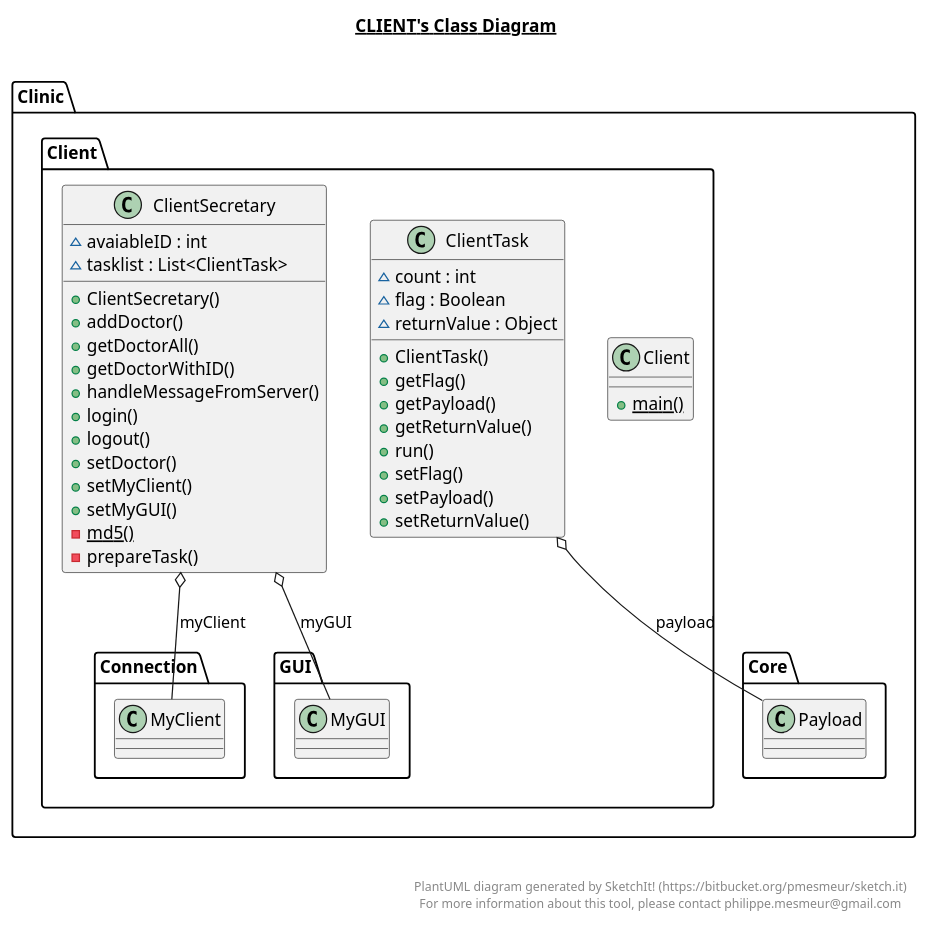
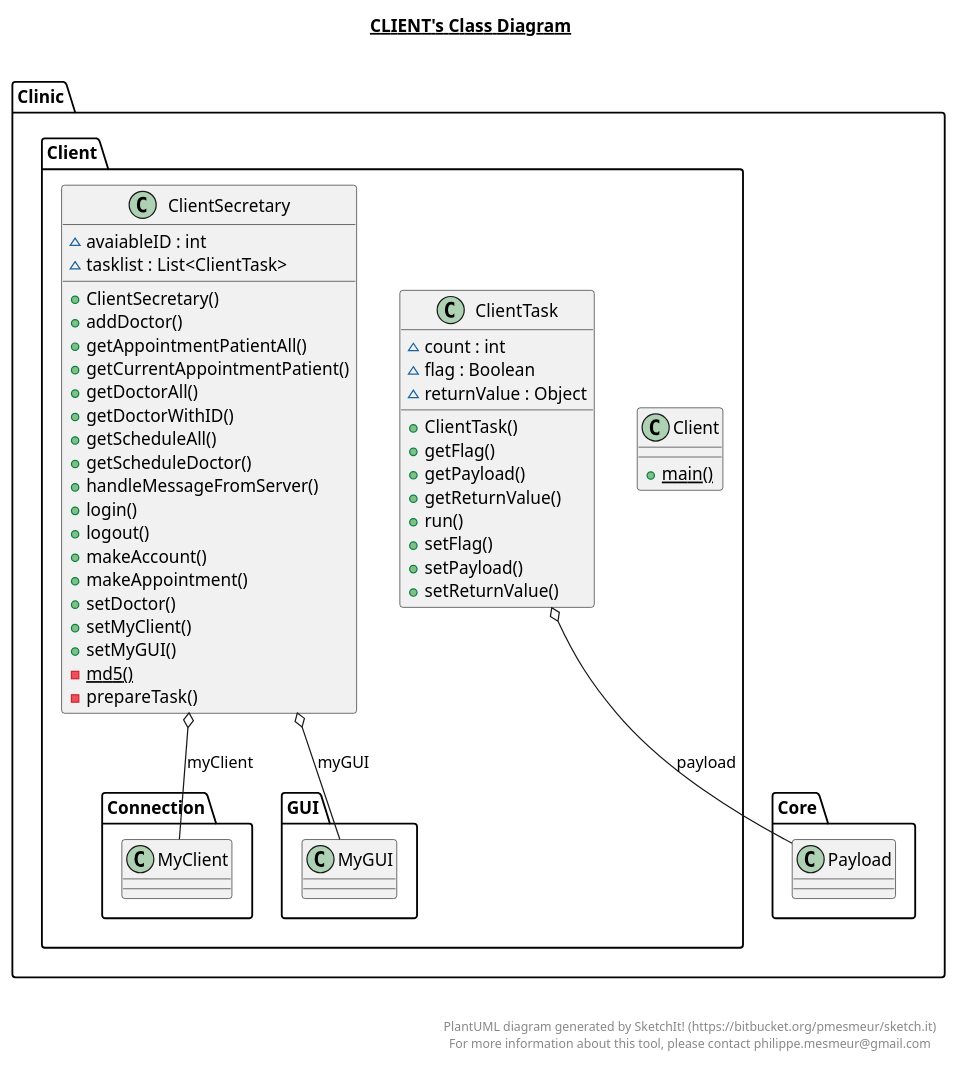
One commit to AidanJohnston/Omar changed the diagram in src/Clinic/Client/Client.puml. Above: the diagram before and after it, drawn with PlantUML. The commit also changed 6 other files, not shown here.

```diff
--- a/src/Clinic/Client/Client.puml
+++ b/src/Clinic/Client/Client.puml
@@ -1,61 +1,67 @@
 @startuml
 
 title __CLIENT's Class Diagram__\n
 
   namespace Clinic.Client {
     class Clinic.Client.Client {
         {static} + main()
     }
   }
   
 
   namespace Clinic.Client {
     class Clinic.Client.ClientSecretary {
         ~ avaiableID : int
         ~ tasklist : List<ClientTask>
         + ClientSecretary()
         + addDoctor()
+        + getAppointmentPatientAll()
+        + getCurrentAppointmentPatient()
         + getDoctorAll()
         + getDoctorWithID()
+        + getScheduleAll()
+        + getScheduleDoctor()
         + handleMessageFromServer()
         + login()
         + logout()
+        + makeAccount()
+        + makeAppointment()
         + setDoctor()
         + setMyClient()
         + setMyGUI()
         {static} - md5()
         - prepareTask()
     }
   }
   
 
   namespace Clinic.Client {
     class Clinic.Client.ClientTask {
         ~ count : int
         ~ flag : Boolean
         ~ returnValue : Object
         + ClientTask()
         + getFlag()
         + getPayload()
         + getReturnValue()
         + run()
         + setFlag()
         + setPayload()
         + setReturnValue()
     }
   }
   
 
   Clinic.Client.ClientSecretary o-- Clinic.Client.Connection.MyClient : myClient
   Clinic.Client.ClientSecretary o-- Clinic.Client.GUI.MyGUI : myGUI
   Clinic.Client.ClientTask o-- Clinic.Core.Payload : payload
 
 
 right footer
 
 
 PlantUML diagram generated by SketchIt! (https://bitbucket.org/pmesmeur/sketch.it)
 For more information about this tool, please contact philippe.mesmeur@gmail.com
 endfooter
 
 @enduml
```
